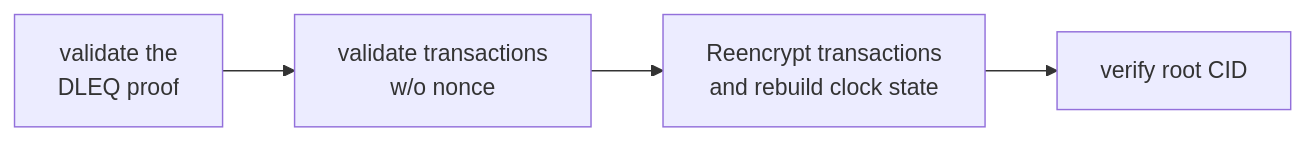
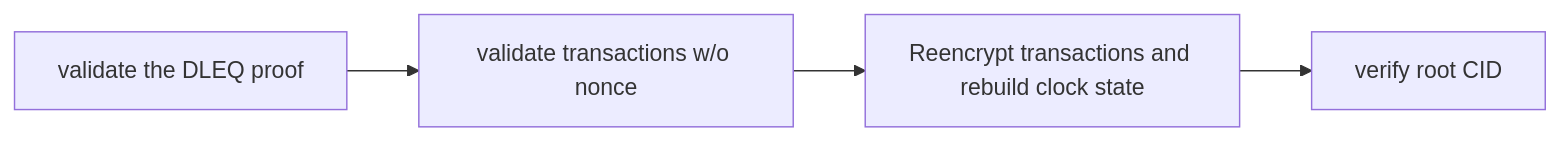
Before and after one commit to ideal-lab5/Grants-Program: the seventh of 7 diagrams in applications/etf_network.md, drawn with Mermaid. The commit also changed other lines of this file, not shown here.

Commit message:
fix diagrams

````diff
--- a/applications/etf_network.md
+++ b/applications/etf_network.md
@@ -257,11 +187,6 @@
 ``` mermaid
-   graph LR
-      A[validate the 
-      DLEQ proof] --> B[
-         validate transactions 
-         w/o nonce
-      ] --> C[
-         Reencrypt transactions
-         and rebuild clock state
-      ] --> D[verify root CID];
+graph LR
+   A[validate the DLEQ proof] --> B[validate transactions w/o nonce];
+   B-->C[Reencrypt transactions and rebuild clock state];
+   C-->D[verify root CID];
 ```
````
